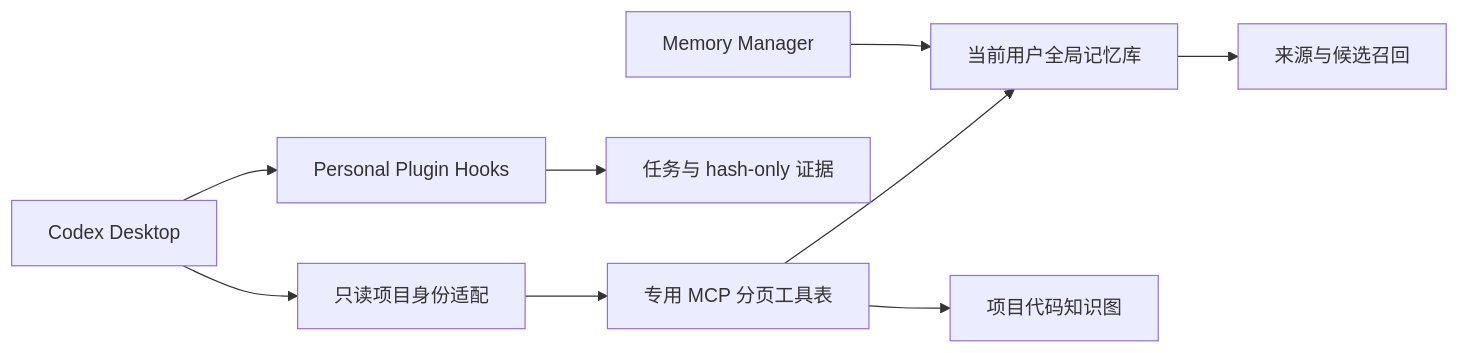
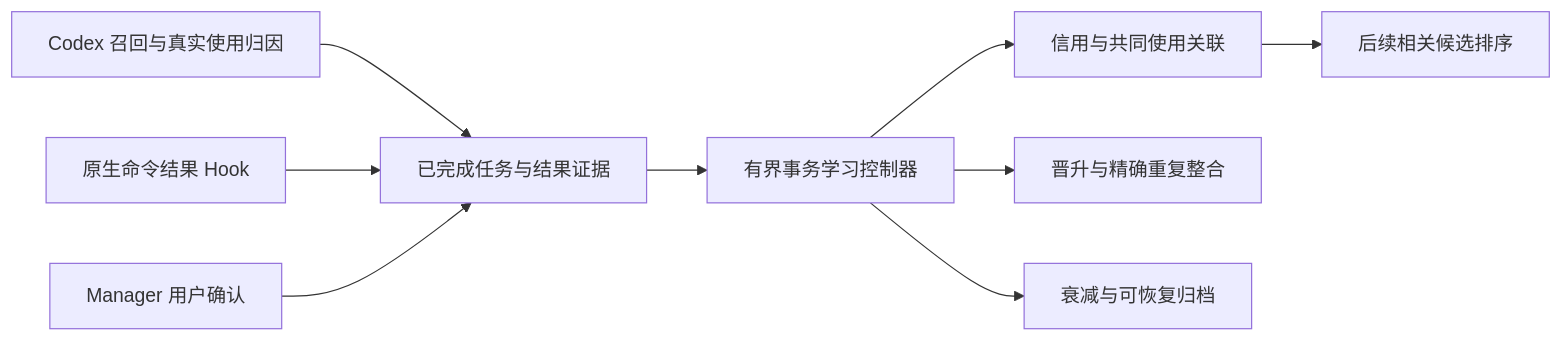
One commit to AlbertYm/semantic-memory-global changed the diagram in docs/ARCHITECTURE.zh-CN.md. Above: the diagram before and after it, drawn with Mermaid. The commit also changed other lines of this file and 9 other files, not shown here.

````diff
--- a/docs/ARCHITECTURE.zh-CN.md
+++ b/docs/ARCHITECTURE.zh-CN.md
@@ -3,11 +5,11 @@
 ```mermaid
 flowchart LR
-  A[Codex Desktop] --> I[只读项目身份适配]
-  I --> B[专用 MCP 分页工具表]
-  A --> C[Personal Plugin Hooks]
-  C --> D[任务与 hash-only 证据]
-  B --> E[当前用户全局记忆库]
-  B --> F[项目代码知识图]
-  G[Memory Manager] --> E
-  E --> H[来源与候选召回]
+  A[Codex 召回与真实使用归因] --> B[已完成任务与结果证据]
+  H[原生命令结果 Hook] --> B
+  U[Manager 用户确认] --> B
+  B --> C[有界事务学习控制器]
+  C --> D[信用与共同使用关联]
+  D --> E[后续相关候选排序]
+  C --> F[晋升与精确重复整合]
+  C --> G[衰减与可恢复归档]
 ```
````
